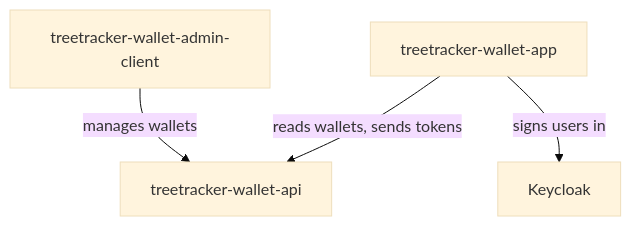
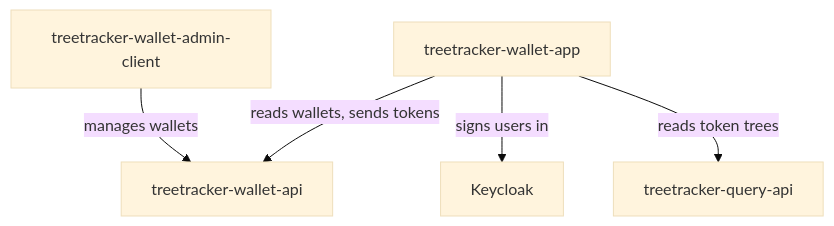
One commit to arnoldcastro5000/understand-greenstand changed the third of 5 diagrams in ARCHITECTURE.md. Above: the diagram before and after it, drawn with Mermaid (base theme). The commit also changed other lines of this file and 9 other files, not shown here.

First line of the commit message:
Regenerate treetracker-wallet-app at 3c14113

````diff
--- a/ARCHITECTURE.md
+++ b/ARCHITECTURE.md
@@ -84,10 +85,12 @@
 ```mermaid
 flowchart TB
   n_treetracker_wallet_admin_client["treetracker-wallet-admin-client"]
   n_treetracker_wallet_api["treetracker-wallet-api"]
   n_treetracker_wallet_app["treetracker-wallet-app"]
   n_keycloak["Keycloak"]
+  n_treetracker_query_api["treetracker-query-api"]
   n_treetracker_wallet_admin_client -->|"manages wallets"| n_treetracker_wallet_api
   n_treetracker_wallet_app -->|"reads wallets, sends tokens"| n_treetracker_wallet_api
   n_treetracker_wallet_app -->|"signs users in"| n_keycloak
+  n_treetracker_wallet_app -->|"reads token trees"| n_treetracker_query_api
 ```
````
